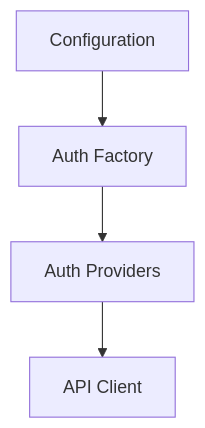
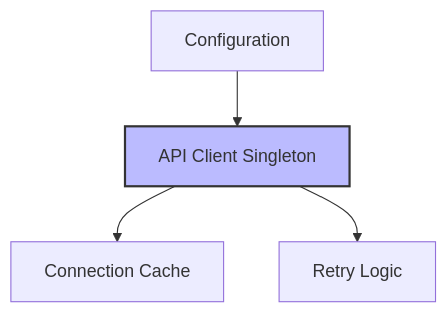
Before and after one commit to violetVo/ado-mcp: the third of 7 diagrams in memory-bank/systemPatterns.md, drawn with Mermaid. The commit also changed other lines of this file and 5 other files, not shown here.

````diff
--- a/memory-bank/systemPatterns.md
+++ b/memory-bank/systemPatterns.md
@@ -39,6 +41,8 @@
 ```mermaid
 flowchart TD
-    Config[Configuration] --> AuthFactory[Auth Factory]
-    AuthFactory --> Providers[Auth Providers]
-    Providers --> Client[API Client]
+    Config[Configuration] --> Client[API Client Singleton]
+    Client --> Cache[Connection Cache]
+    Client --> Retry[Retry Logic]
+    
+    style Client fill:#bbf,stroke:#333,stroke-width:2px
 ```
````
